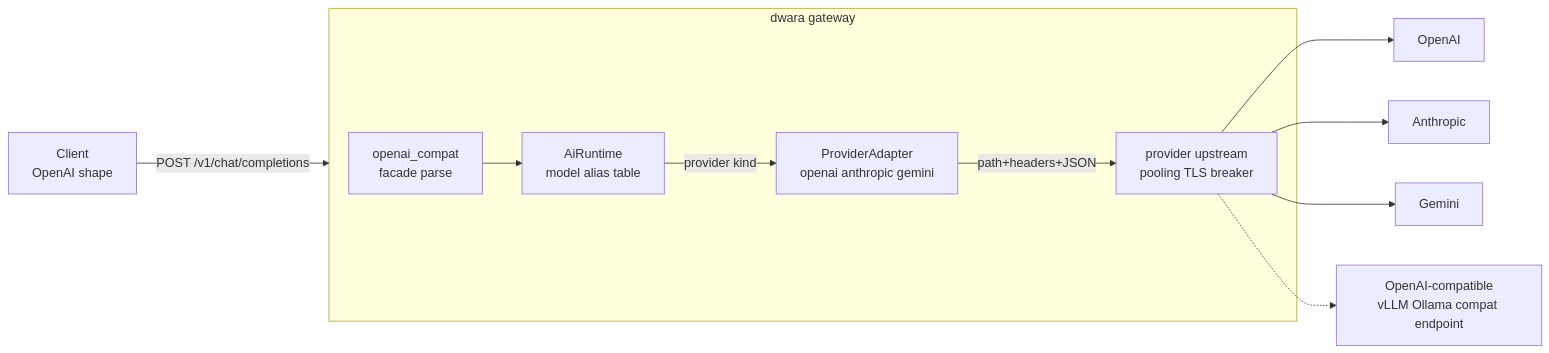
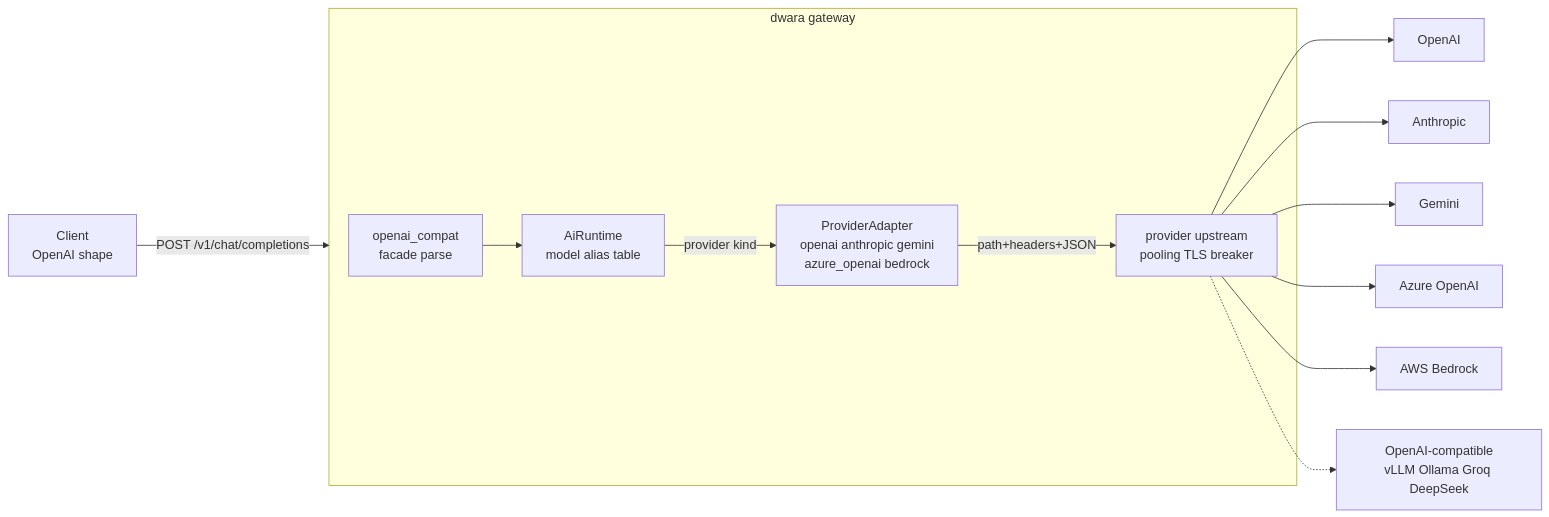
One commit to ShristiLabs/dwara changed the diagram in docs/features/ai-provider-adapters.md. Above: the diagram before and after it, drawn with Mermaid. The commit also changed other lines of this file and 42 other files, not shown here.

````diff
--- a/docs/features/ai-provider-adapters.md
+++ b/docs/features/ai-provider-adapters.md
@@ -18,13 +24,15 @@
 ```mermaid
 flowchart LR
     C[Client\nOpenAI shape] -->|POST /v1/chat/completions| G
     subgraph G[dwara gateway]
       F[openai_compat\nfacade parse] --> RT[AiRuntime\nmodel alias table]
-      RT -->|provider kind| A[ProviderAdapter\nopenai anthropic gemini]
+      RT -->|provider kind| A[ProviderAdapter\nopenai anthropic gemini\nazure_openai bedrock]
       A -->|path+headers+JSON| U[provider upstream\npooling TLS breaker]
     end
     U --> P1[OpenAI]
     U --> P2[Anthropic]
     U --> P3[Gemini]
-    U -.-> P4[OpenAI-compatible\nvLLM Ollama compat endpoint]
+    U --> P4[Azure OpenAI]
+    U --> P5[AWS Bedrock]
+    U -.-> P6[OpenAI-compatible\nvLLM Ollama Groq DeepSeek]
 ```
````
